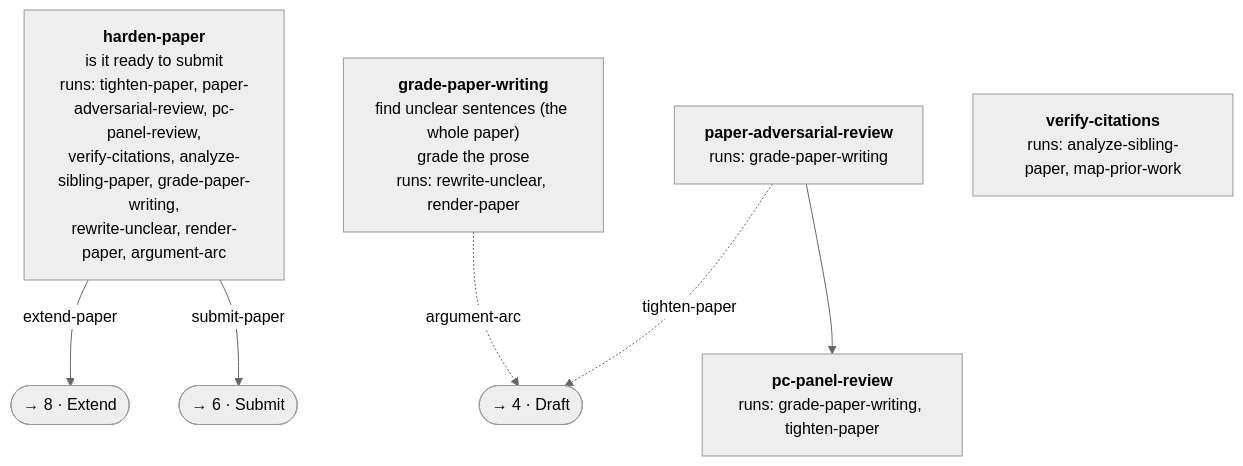
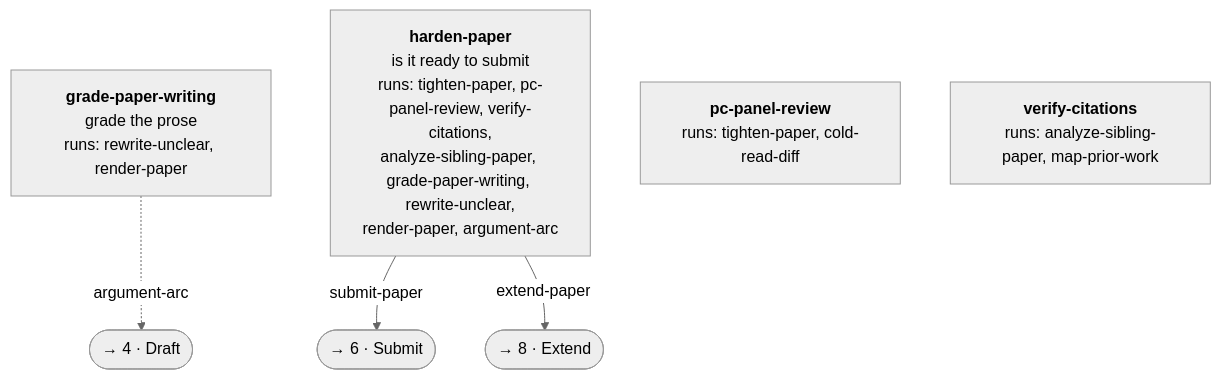
One commit to zernie/paperlint changed the sixth of 9 diagrams in docs/pipeline.md. Above: the diagram before and after it, drawn with Mermaid (neutral theme). The commit also changed other lines of this file and 44 other files, not shown here.

````diff
--- a/docs/pipeline.md
+++ b/docs/pipeline.md
@@ -148,16 +148,13 @@
 ```mermaid
 flowchart TB
-  grade_paper_writing["<b>grade-paper-writing</b><br/>find unclear sentences (the whole paper)<br/>grade the prose<br/>runs: rewrite-unclear, render-paper"]
-  harden_paper["<b>harden-paper</b><br/>is it ready to submit<br/>runs: tighten-paper, paper-adversarial-review, pc-panel-review,<br/>verify-citations, analyze-sibling-paper, grade-paper-writing,<br/>rewrite-unclear, render-paper, argument-arc"]
-  paper_adversarial_review["<b>paper-adversarial-review</b><br/>runs: grade-paper-writing"]
-  pc_panel_review["<b>pc-panel-review</b><br/>runs: grade-paper-writing, tighten-paper"]
+  grade_paper_writing["<b>grade-paper-writing</b><br/>grade the prose<br/>runs: rewrite-unclear, render-paper"]
+  harden_paper["<b>harden-paper</b><br/>is it ready to submit<br/>runs: tighten-paper, pc-panel-review, verify-citations,<br/>analyze-sibling-paper, grade-paper-writing, rewrite-unclear,<br/>render-paper, argument-arc"]
+  pc_panel_review["<b>pc-panel-review</b><br/>runs: tighten-paper, cold-read-diff"]
   verify_citations["<b>verify-citations</b><br/>runs: analyze-sibling-paper, map-prior-work"]
-  paper_adversarial_review --> pc_panel_review
   to_stage_draft(["→ 4 · Draft"])
   to_stage_submit(["→ 6 · Submit"])
   to_stage_extend(["→ 8 · Extend"])
   grade_paper_writing -. "argument-arc" .-> to_stage_draft
   harden_paper -- "submit-paper" --> to_stage_submit
   harden_paper -- "extend-paper" --> to_stage_extend
-  paper_adversarial_review -. "tighten-paper" .-> to_stage_draft
 ```
````
